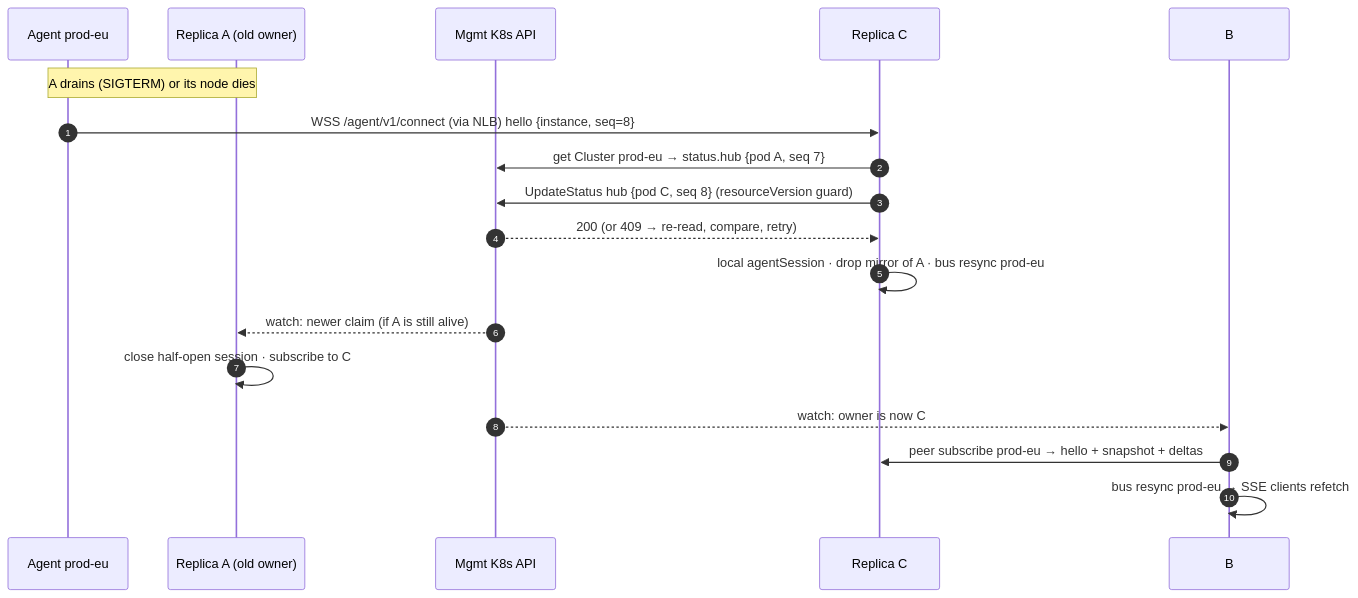
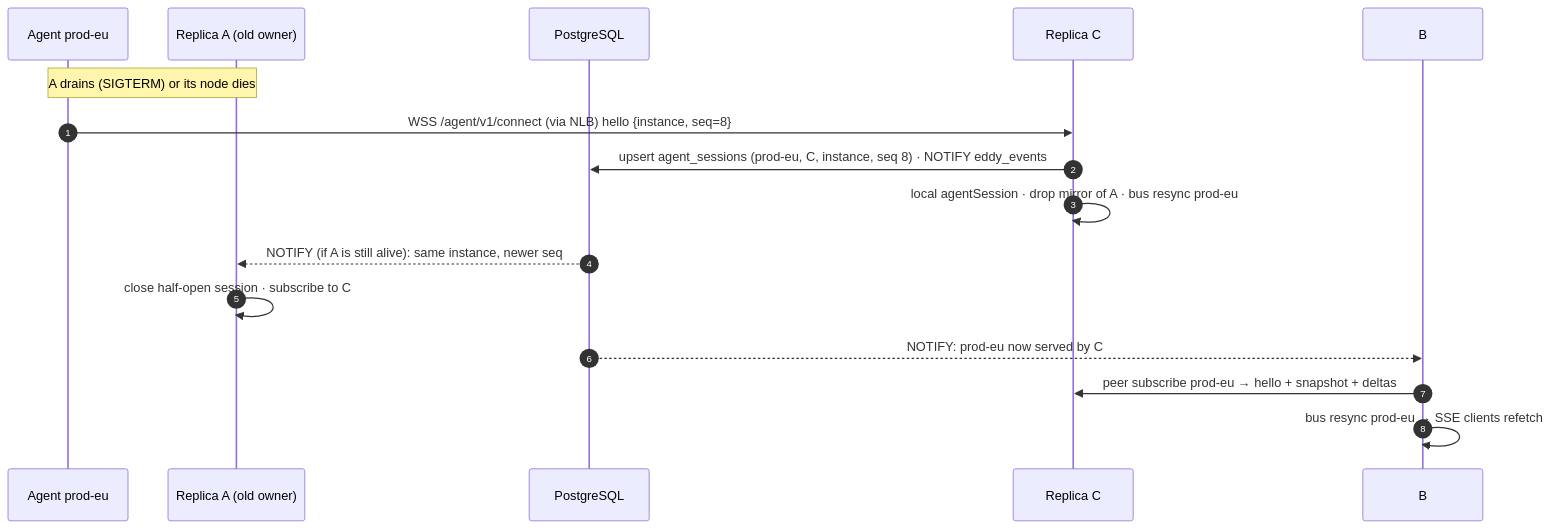
The second of 2 diagrams in docs/adr/0004-hub-high-availability.md (idestis/eddy), drawn with Mermaid before and after one commit. The commit also changed other lines of this file and 1 other file, not shown here.

First line of the commit message:
docs(adr): accept postgres store with active/active hubs and agent replicas

````diff
--- a/docs/adr/0004-hub-high-availability.md
+++ b/docs/adr/0004-hub-high-availability.md
@@ -153,19 +125,17 @@
 ```mermaid
 sequenceDiagram
   autonumber
   participant G as Agent prod-eu
   participant A as Replica A (old owner)
-  participant K as Mgmt K8s API
+  participant P as PostgreSQL
   participant C as Replica C
   Note over G,A: A drains (SIGTERM) or its node dies
   G->>C: WSS /agent/v1/connect (via NLB) hello {instance, seq=8}
-  C->>K: get Cluster prod-eu → status.hub {pod A, seq 7}
-  C->>K: UpdateStatus hub {pod C, seq 8} (resourceVersion guard)
-  K-->>C: 200 (or 409 → re-read, compare, retry)
+  C->>P: upsert agent_sessions (prod-eu, C, instance, seq 8) · NOTIFY eddy_events
   C->>C: local agentSession · drop mirror of A · bus resync prod-eu
-  K-->>A: watch: newer claim (if A is still alive)
+  P-->>A: NOTIFY (if A is still alive): same instance, newer seq
   A->>A: close half-open session · subscribe to C
-  K-->>B: watch: owner is now C
+  P-->>B: NOTIFY: prod-eu now served by C
   B->>C: peer subscribe prod-eu → hello + snapshot + deltas
   B->>B: bus resync prod-eu → SSE clients refetch
 ```
````
